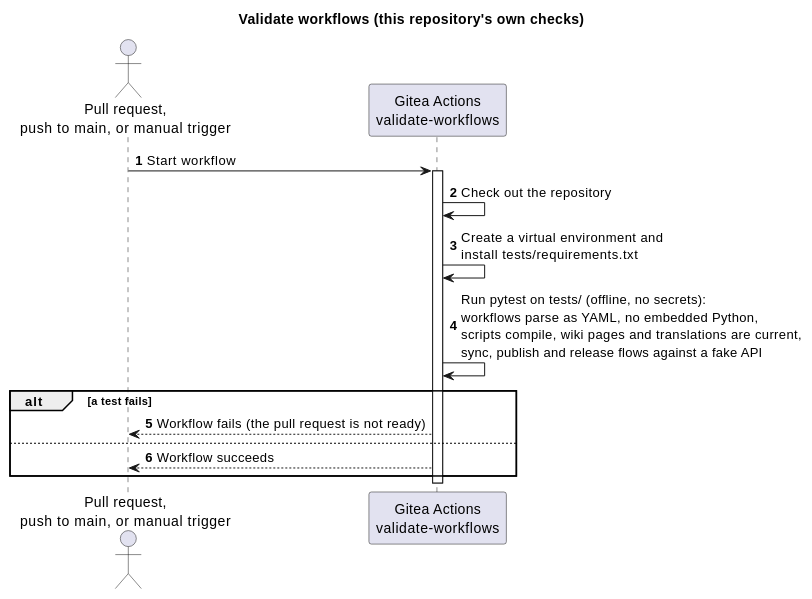
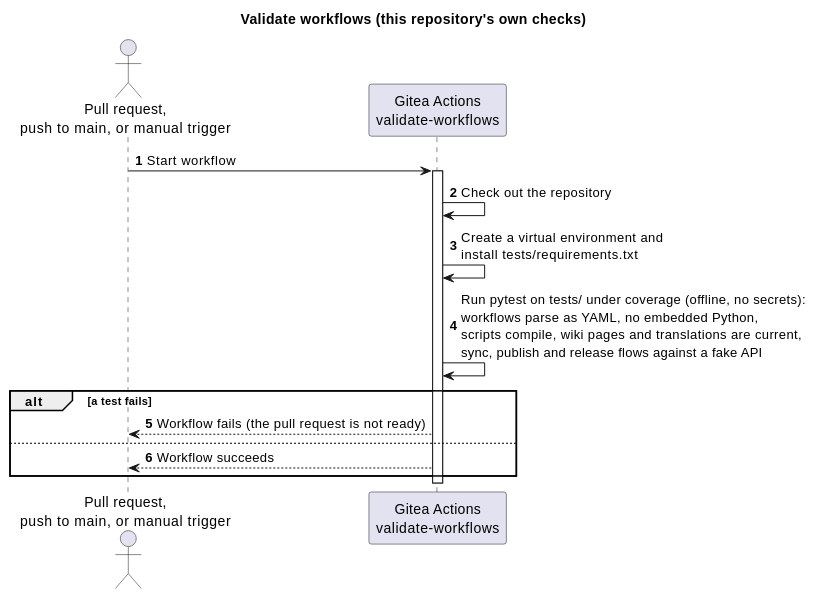
Before and after one commit to TirSystem/git-workflows: the fifth of 5 diagrams in README.md, drawn with PlantUML. The commit also changed other lines of this file and 9 other files, not shown here.

````diff
--- a/README.md
+++ b/README.md
@@ -245,23 +245,23 @@
 ```plantuml
 @startuml
 title Validate workflows (this repository's own checks)
 
 autonumber
 
 actor "Pull request,\npush to main, or manual trigger" as Trigger
 participant "Gitea Actions\nvalidate-workflows" as Workflow
 
 Trigger -> Workflow: Start workflow
 activate Workflow
 Workflow -> Workflow: Check out the repository
 Workflow -> Workflow: Create a virtual environment and\ninstall tests/requirements.txt
-Workflow -> Workflow: Run pytest on tests/ (offline, no secrets):\nworkflows parse as YAML, no embedded Python,\nscripts compile, wiki pages and translations are current,\nsync, publish and release flows against a fake API
+Workflow -> Workflow: Run pytest on tests/ under coverage (offline, no secrets):\nworkflows parse as YAML, no embedded Python,\nscripts compile, wiki pages and translations are current,\nsync, publish and release flows against a fake API
 
 alt a test fails
   Workflow --> Trigger: Workflow fails (the pull request is not ready)
 else
   Workflow --> Trigger: Workflow succeeds
 end
 deactivate Workflow
 @enduml
 ```
````
